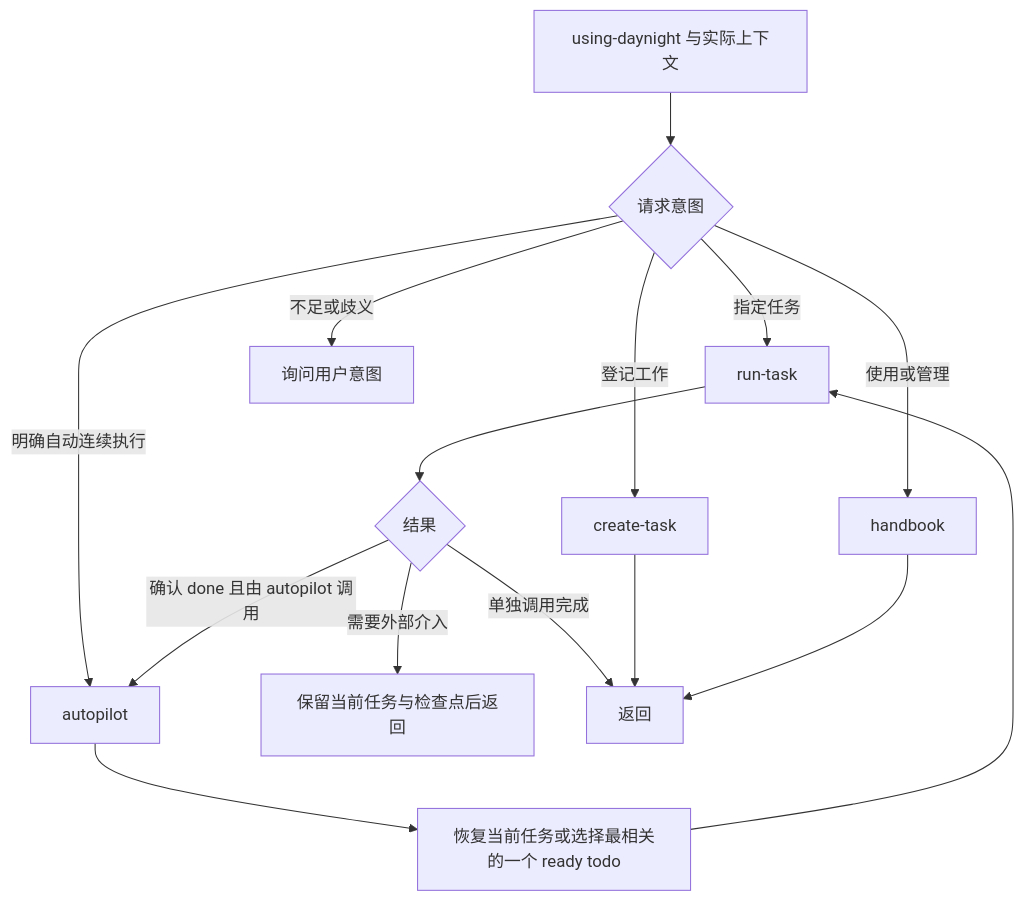
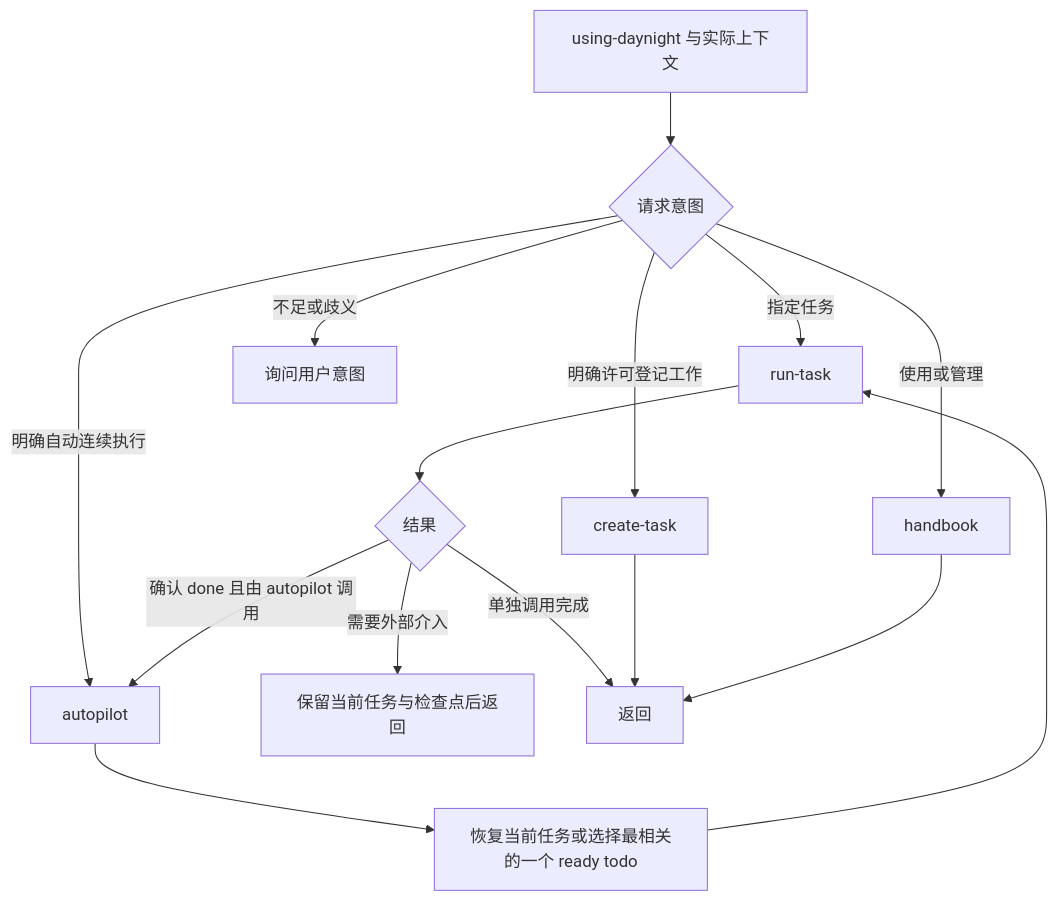
Before and after one commit to codetreker/day-night: the diagram in docs/design/daynight-agent-skill.md, drawn with Mermaid. The commit also changed other lines of this file and 6 other files, not shown here.

````diff
--- a/docs/design/daynight-agent-skill.md
+++ b/docs/design/daynight-agent-skill.md
@@ -46,17 +50,17 @@
 ```mermaid
 flowchart TD
     A[using-daynight 与实际上下文] --> B{请求意图}
     B -->|使用或管理| H[handbook]
-    B -->|登记工作| C[create-task]
+    B -->|明确许可登记工作| C[create-task]
     B -->|指定任务| R[run-task]
     B -->|明确自动连续执行| P[autopilot]
     B -->|不足或歧义| Q[询问用户意图]
     P --> S[恢复当前任务或选择最相关的一个 ready todo]
     S --> R
     R --> T{结果}
     T -->|确认 done 且由 autopilot 调用| P
     T -->|需要外部介入| W[保留当前任务与检查点后返回]
     T -->|单独调用完成| E[返回]
     C --> E
     H --> E
 ```
````
